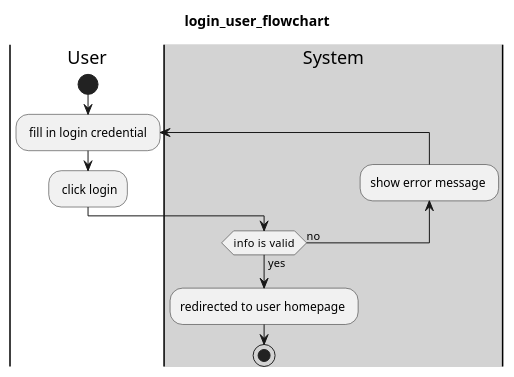
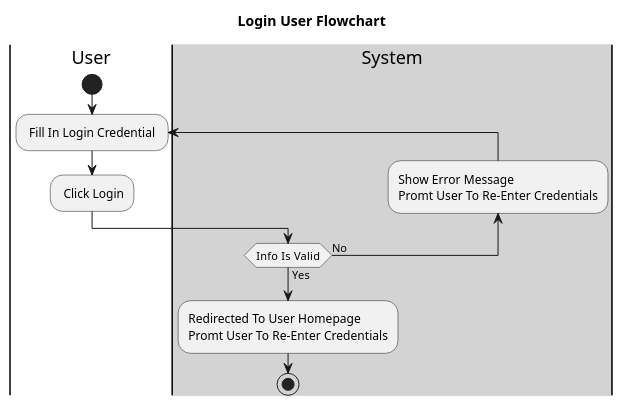
Before and after one commit to KTPx4/Social_Media: the diagram in Diagram/flowchart/account/login_user_flowchart.wsd, drawn with PlantUML. The commit also changed 10 other files, not shown here.

Commit message:
PHuc | change flowchart

```diff
--- a/Diagram/flowchart/account/login_user_flowchart.wsd
+++ b/Diagram/flowchart/account/login_user_flowchart.wsd
@@ -1,12 +1,14 @@
 @startuml 
-title login_user_flowchart
+title Login User Flowchart
 |User|
 start
-repeat: fill in login credential ; 
-: click login;  
+repeat: Fill In Login Credential ; 
+: Click Login;  
 |#lightgray|System|
-backward:show error message ;
-repeat while(info  is valid) is (no) not (yes)
-:redirected to user homepage ; 
+backward:Show Error Message
+Promt User To Re-Enter Credentials;
+repeat while(Info  Is Valid) is (No) not (Yes)
+:Redirected To User Homepage 
+Promt User To Re-Enter Credentials; 
 stop
 @enduml
```
